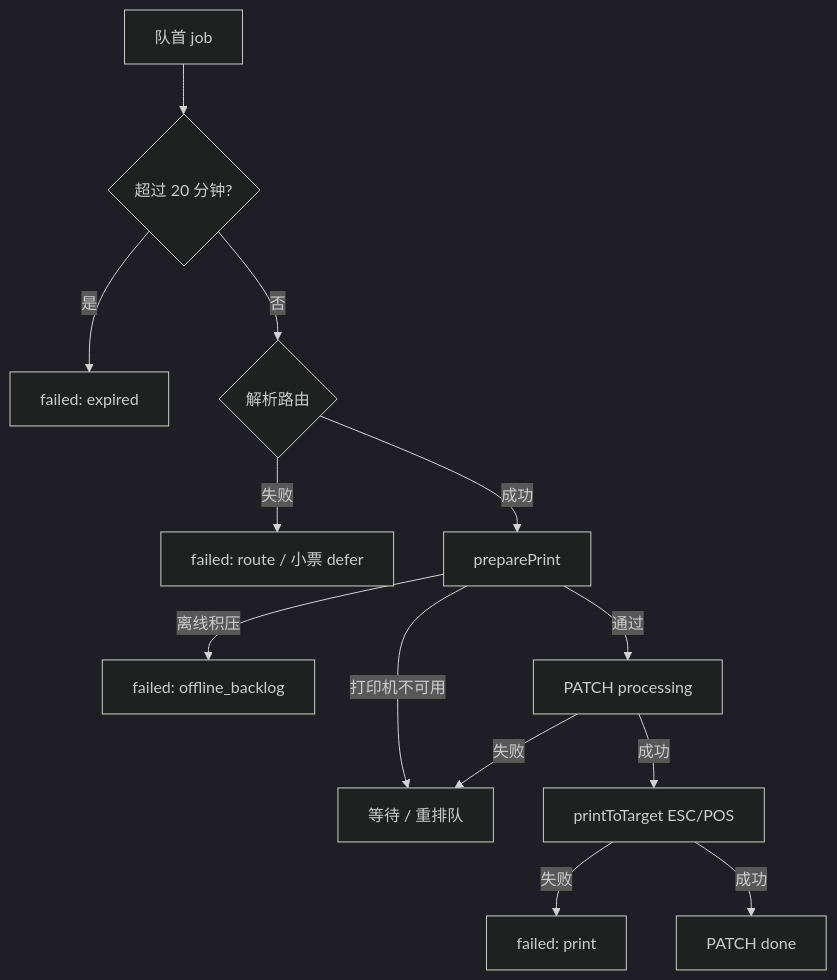
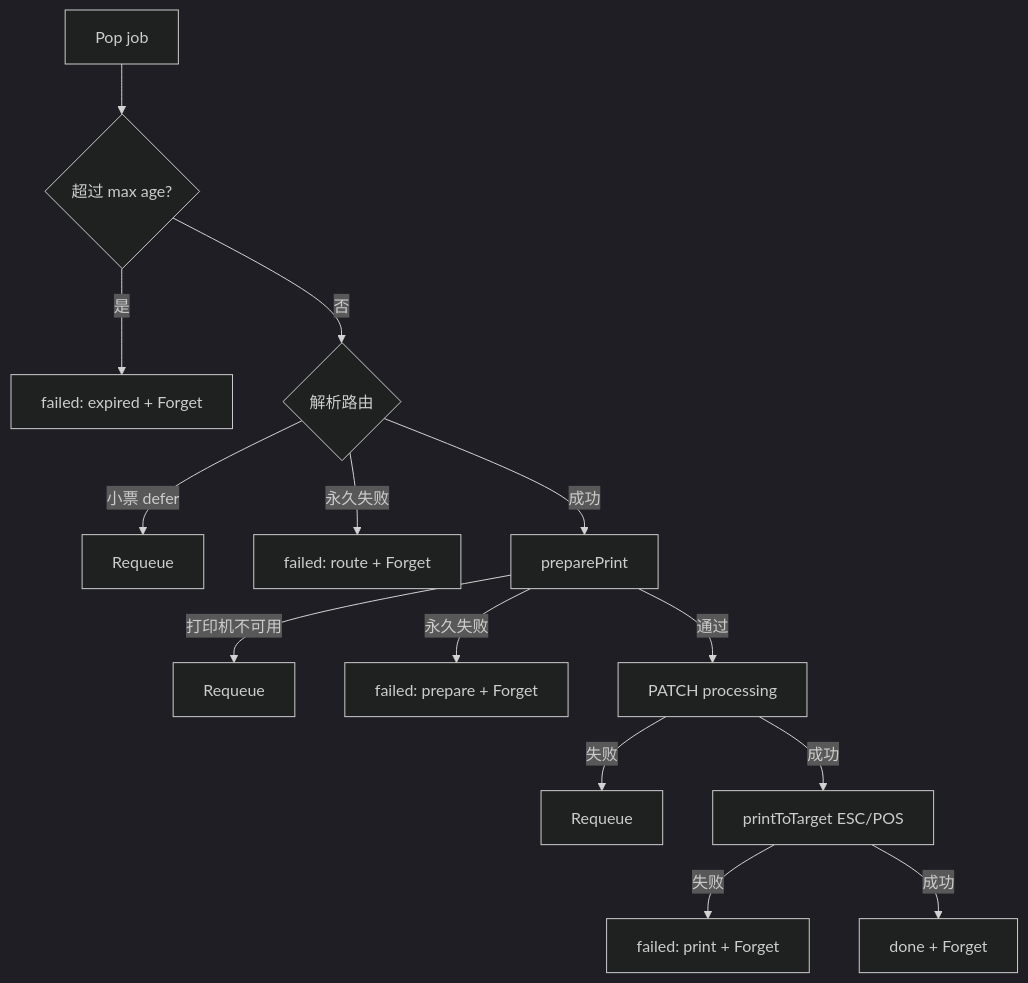
Before and after one commit to jianping2024/restaurant-ordering: the third of 3 diagrams in docs/print-agent-flow.zh.md, drawn with Mermaid (dark theme). The commit also changed other lines of this file and 17 other files, not shown here.

````diff
--- a/docs/print-agent-flow.zh.md
+++ b/docs/print-agent-flow.zh.md
@@ -290,15 +294,16 @@
 ```mermaid
 flowchart TD
-  A[队首 job] --> B{超过 20 分钟?}
-  B -->|是| F1[failed: expired]
+  A[Pop job] --> B{超过 max age?}
+  B -->|是| F1[failed: expired + Forget]
   B -->|否| C{解析路由}
-  C -->|失败| F2[failed: route / 小票 defer]
+  C -->|小票 defer| R1[Requeue]
+  C -->|永久失败| F2[failed: route + Forget]
   C -->|成功| D[preparePrint]
-  D -->|打印机不可用| W[等待 / 重排队]
-  D -->|离线积压| F3[failed: offline_backlog]
+  D -->|打印机不可用| R2[Requeue]
+  D -->|永久失败| F3[failed: prepare + Forget]
   D -->|通过| E[PATCH processing]
-  E -->|失败| W
+  E -->|失败| R3[Requeue]
   E -->|成功| G[printToTarget ESC/POS]
-  G -->|失败| F4[failed: print]
-  G -->|成功| H[PATCH done]
+  G -->|失败| F4[failed: print + Forget]
+  G -->|成功| H[done + Forget]
 ```
````
